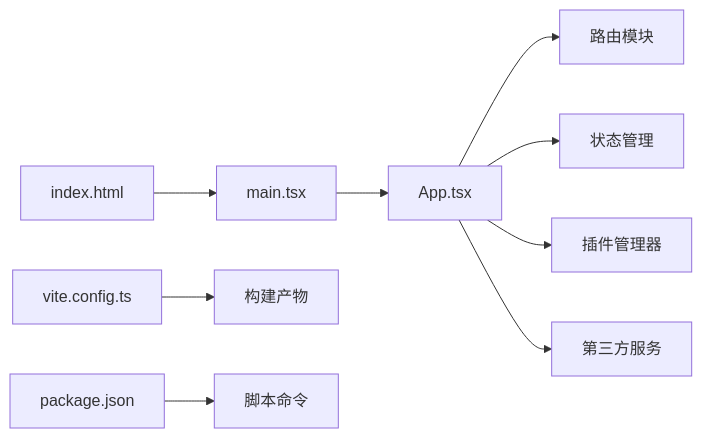
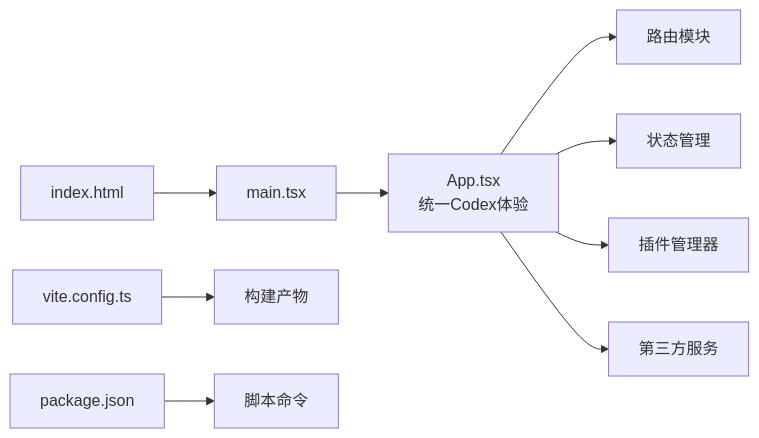
One commit to iljahofbauer219-lang/yandu changed the fifth of 5 diagrams in .qoder/repowiki/zh/content/系统架构/渲染进程架构/应用入口与初始化.md. Above: the diagram before and after it, drawn with Mermaid. The commit also changed other lines of this file and 630 other files, not shown here.

````diff
--- a/.qoder/repowiki/zh/content/系统架构/渲染进程架构/应用入口与初始化.md
+++ b/.qoder/repowiki/zh/content/系统架构/渲染进程架构/应用入口与初始化.md
@@ -220,11 +237,11 @@
 ```mermaid
 graph LR
-Main["main.tsx"] --> App["App.tsx"]
+Main["main.tsx"] --> App["App.tsx<br/>统一Codex体验"]
 App --> Router["路由模块"]
 App --> Store["状态管理"]
 App --> Plugins["插件管理器"]
 App --> Services["第三方服务"]
 Index["index.html"] --> Main
 Vite["vite.config.ts"] --> Build["构建产物"]
 Pkg["package.json"] --> Scripts["脚本命令"]
 ```
````
